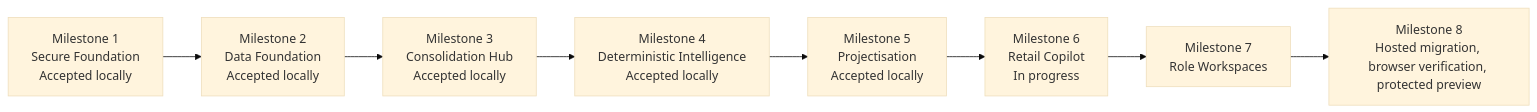
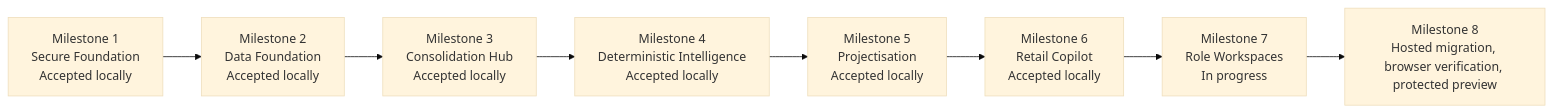
The diagram in reports/PHASE_0_PROGRESS.md (Smart-OS-erp/retailos), drawn with Mermaid (base theme) before and after one commit. The commit also changed 16 other files, not shown here.

Commit message:
implement Phase 0 Retail Copilot

````diff
--- a/reports/PHASE_0_PROGRESS.md
+++ b/reports/PHASE_0_PROGRESS.md
@@ -3,10 +3,10 @@
 ```mermaid
 flowchart LR
   A["Milestone 1<br/>Secure Foundation<br/>Accepted locally"] --> B["Milestone 2<br/>Data Foundation<br/>Accepted locally"]
   B --> C["Milestone 3<br/>Consolidation Hub<br/>Accepted locally"]
   C --> D["Milestone 4<br/>Deterministic Intelligence<br/>Accepted locally"]
   D --> E["Milestone 5<br/>Projectisation<br/>Accepted locally"]
-  E --> F["Milestone 6<br/>Retail Copilot<br/>In progress"]
-  F --> G["Milestone 7<br/>Role Workspaces"]
+  E --> F["Milestone 6<br/>Retail Copilot<br/>Accepted locally"]
+  F --> G["Milestone 7<br/>Role Workspaces<br/>In progress"]
   G --> H["Milestone 8<br/>Hosted migration, browser verification, protected preview"]
 ```
````
